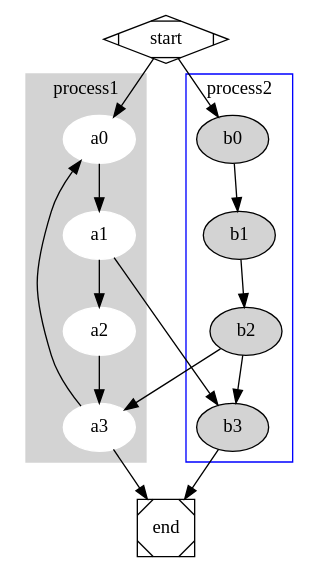
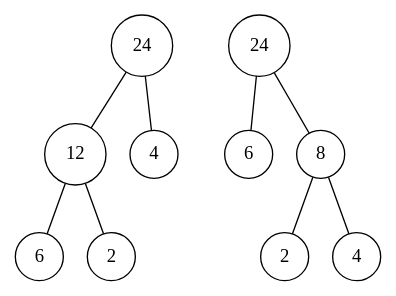
The diagram in playground/dot/cluster.dot (muyids/leetcode), drawn with Graphviz before and after one commit. The commit also changed 16 other files, not shown here.

```diff
--- a/playground/dot/cluster.dot
+++ b/playground/dot/cluster.dot
@@ -1,25 +1,51 @@
-digraph G{
-    subgraph cluster1{
-       node[style = filled, color = white]
-       style = filled
-       color = lightgrey
-       a0 -> a1 -> a2 -> a3
-       label = "process1"
+// digraph G{
+//     subgraph cluster1{
+//        node[style = filled, color = white]
+//        style = filled
+//        color = lightgrey
+//        a0 -> a1 -> a2 -> a3
+//        label = "process1"
+//     }
+
+//     subgraph cluster2{
+//         node[style = filled]
+//         color = blue
+//         b0 -> b1 -> b2 -> b3
+//         label = "process2"
+//     }
+//     start -> a0
+//     start -> b0
+//     a1 -> b3
+//     b2 -> a3
+//     a3 -> a0
+//     a3 -> end
+//     b3 -> end
+//     start[shape = Mdiamond]
+//     end[shape = Msquare]
+// }
+
+graph {
+    node[shape = circle]
+    subgraph clu1{
+       A[label = "24"]
+       B[label = "12"]
+       C[label="4"]
+       D[label="6"]
+       E[label="2"]
+       A -- {B, C}
+       B -- {D, E}
+       label = "tree1"
     }
 
-    subgraph cluster2{
-        node[style = filled]
-        color = blue
-        b0 -> b1 -> b2 -> b3
-        label = "process2"
+    subgraph clu2{
+       a[label = "24"]
+       b[label = "6"]
+       c[label="8"]
+       d[label="2"]
+       e[label="4"]
+       a -- {b, c}
+       c -- {d, e}
+       label = "tree2"
     }
-    start -> a0
-    start -> b0
-    a1 -> b3
-    b2 -> a3
-    a3 -> a0
-    a3 -> end
-    b3 -> end
-    start[shape = Mdiamond]
-    end[shape = Msquare]
+
 }
```
